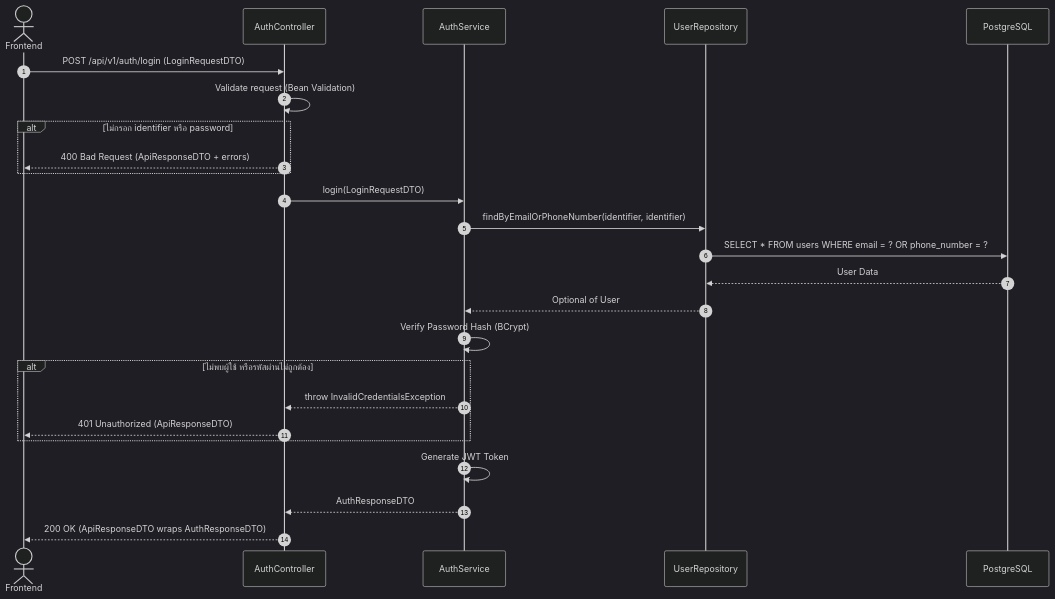
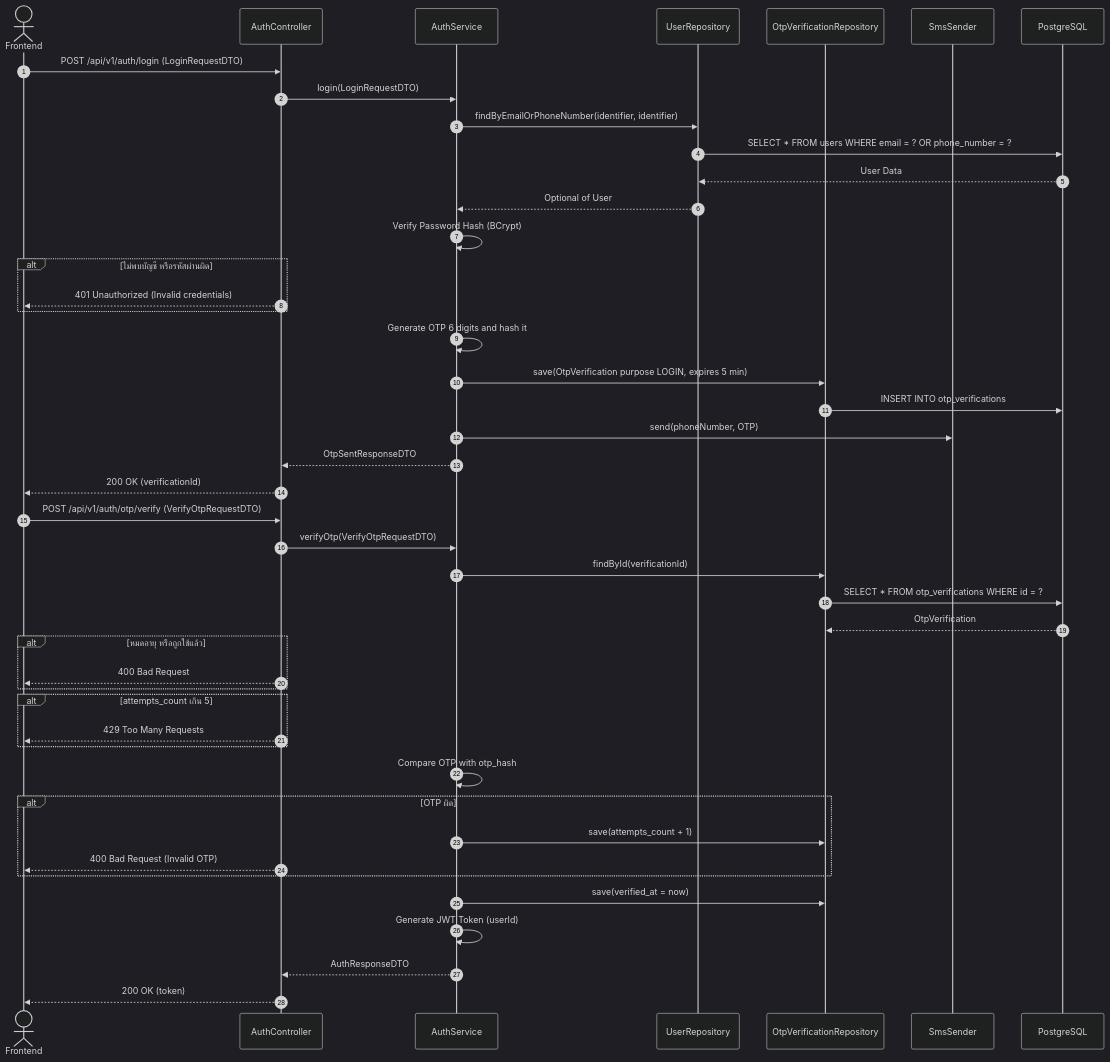
The seventh of 8 diagrams in docs/task-04/README.md (BlackyB0o/CS261_650001_group5), drawn with Mermaid (dark theme) before and after one commit. The commit also changed other lines of this file and 1 other file, not shown here.

Commit message:
removed role selection, added OTP login and reset password

````diff
--- a/docs/task-04/README.md
+++ b/docs/task-04/README.md
@@ -448,28 +619,49 @@
 ```mermaid
 sequenceDiagram
     autonumber
     actor Client as Frontend
     participant Controller as AuthController
     participant Service as AuthService
-    participant DAO as UserRepository
+    participant UserDAO as UserRepository
+    participant OtpDAO as OtpVerificationRepository
+    participant SMS as SmsSender
     participant DB as PostgreSQL
 
     Client->>Controller: POST /api/v1/auth/login (LoginRequestDTO)
-    Controller->>Controller: Validate request (Bean Validation)
-    alt ไม่กรอก identifier หรือ password
-        Controller-->>Client: 400 Bad Request (ApiResponseDTO + errors)
+    Controller->>Service: login(LoginRequestDTO)
+    Service->>UserDAO: findByEmailOrPhoneNumber(identifier, identifier)
+    UserDAO->>DB: SELECT * FROM users WHERE email = ? OR phone_number = ?
+    DB-->>UserDAO: User Data
+    UserDAO-->>Service: Optional of User
+    Service->>Service: Verify Password Hash (BCrypt)
+    alt ไม่พบบัญชี หรือรหัสผ่านผิด
+        Controller-->>Client: 401 Unauthorized (Invalid credentials)
     end
-    Controller->>Service: login(LoginRequestDTO)
-    Service->>DAO: findByEmailOrPhoneNumber(identifier, identifier)
-    DAO->>DB: SELECT * FROM users WHERE email = ? OR phone_number = ?
-    DB-->>DAO: User Data
-    DAO-->>Service: Optional of User
-    Service->>Service: Verify Password Hash (BCrypt)
-    alt ไม่พบผู้ใช้ หรือรหัสผ่านไม่ถูกต้อง
-        Service-->>Controller: throw InvalidCredentialsException
-        Controller-->>Client: 401 Unauthorized (ApiResponseDTO)
+    Service->>Service: Generate OTP 6 digits and hash it
+    Service->>OtpDAO: save(OtpVerification purpose LOGIN, expires 5 min)
+    OtpDAO->>DB: INSERT INTO otp_verifications
+    Service->>SMS: send(phoneNumber, OTP)
+    Service-->>Controller: OtpSentResponseDTO
+    Controller-->>Client: 200 OK (verificationId)
+
+    Client->>Controller: POST /api/v1/auth/otp/verify (VerifyOtpRequestDTO)
+    Controller->>Service: verifyOtp(VerifyOtpRequestDTO)
+    Service->>OtpDAO: findById(verificationId)
+    OtpDAO->>DB: SELECT * FROM otp_verifications WHERE id = ?
+    DB-->>OtpDAO: OtpVerification
+    alt หมดอายุ หรือถูกใช้แล้ว
+        Controller-->>Client: 400 Bad Request
     end
-    Service->>Service: Generate JWT Token
+    alt attempts_count เกิน 5
+        Controller-->>Client: 429 Too Many Requests
+    end
+    Service->>Service: Compare OTP with otp_hash
+    alt OTP ผิด
+        Service->>OtpDAO: save(attempts_count + 1)
+        Controller-->>Client: 400 Bad Request (Invalid OTP)
+    end
+    Service->>OtpDAO: save(verified_at = now)
+    Service->>Service: Generate JWT Token (userId)
     Service-->>Controller: AuthResponseDTO
-    Controller-->>Client: 200 OK (ApiResponseDTO wraps AuthResponseDTO)
+    Controller-->>Client: 200 OK (token)
 ```
````
